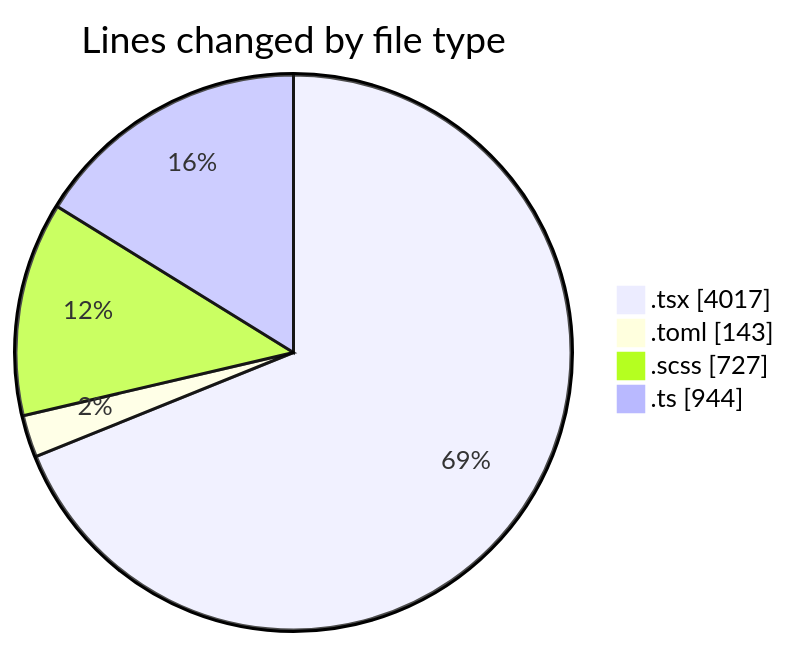
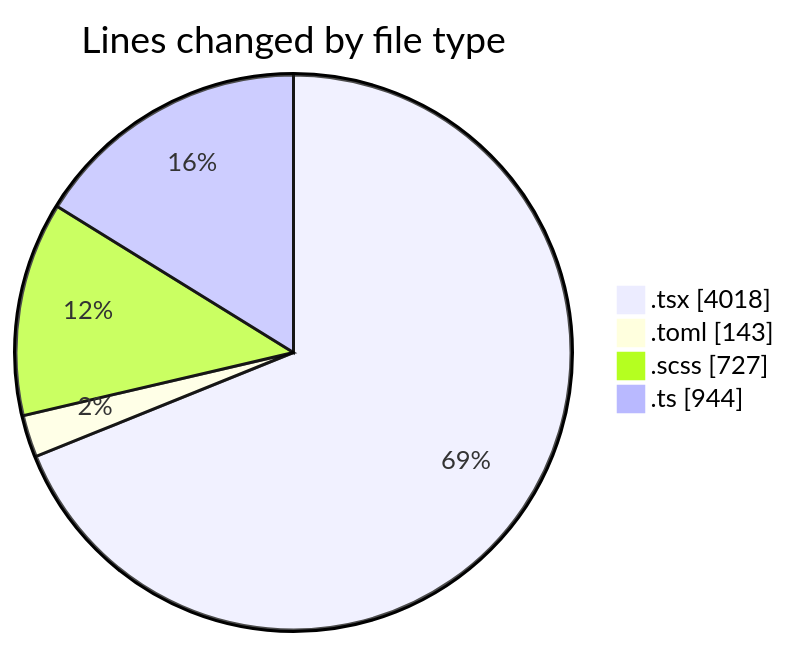
The first of 2 diagrams in 2026-11-02/cda/README.md (momahboobian/code-tracking), drawn with Mermaid before and after one commit. The commit also changed other lines of this file and 1 other file, not shown here.

````diff
--- a/2026-11-02/cda/README.md
+++ b/2026-11-02/cda/README.md
@@ -58,8 +58,8 @@
 ```mermaid
 pie showData
 title Lines changed by file type
-".tsx" : 4017
+".tsx" : 4018
 ".toml" : 143
 ".scss" : 727
 ".ts" : 944
 ```
````
